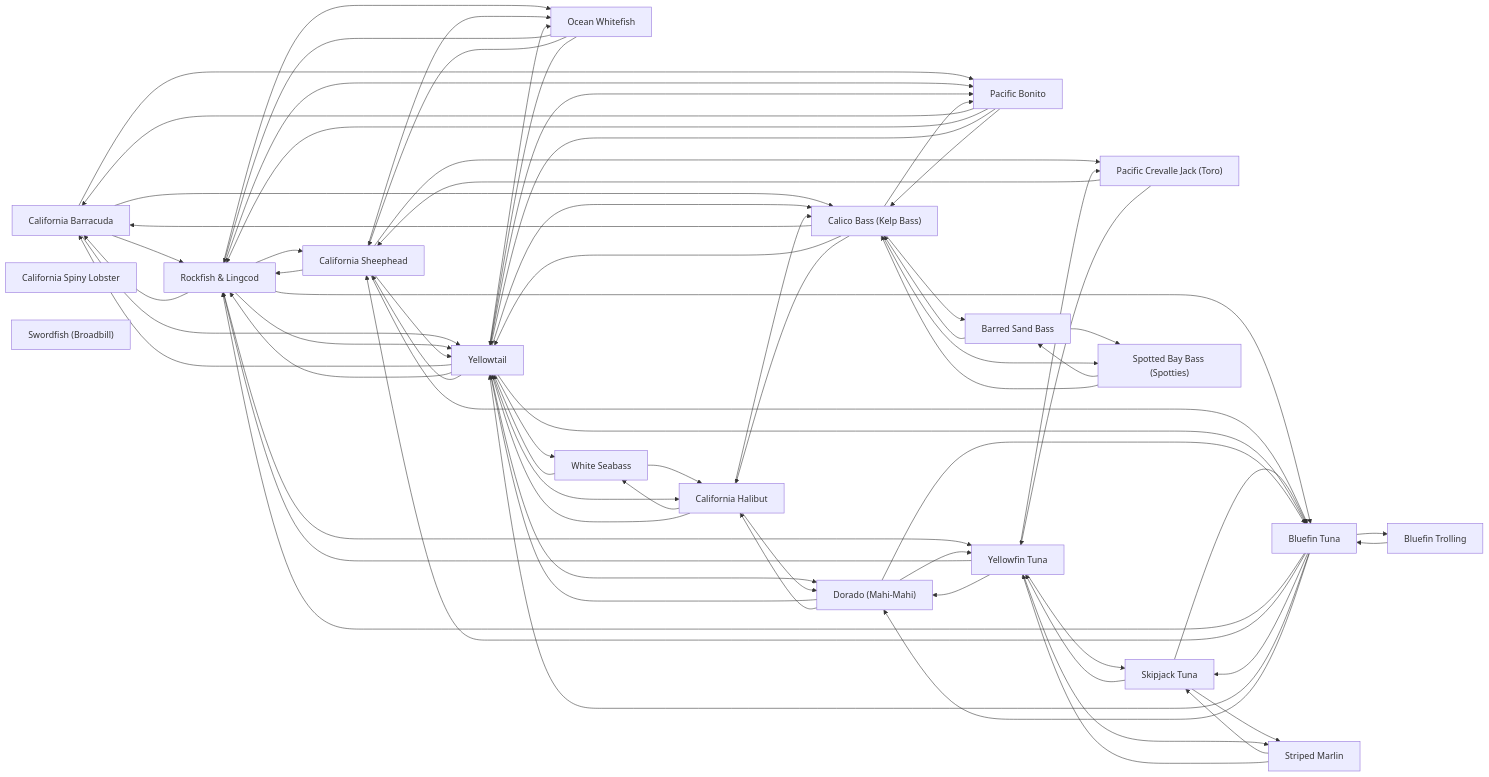
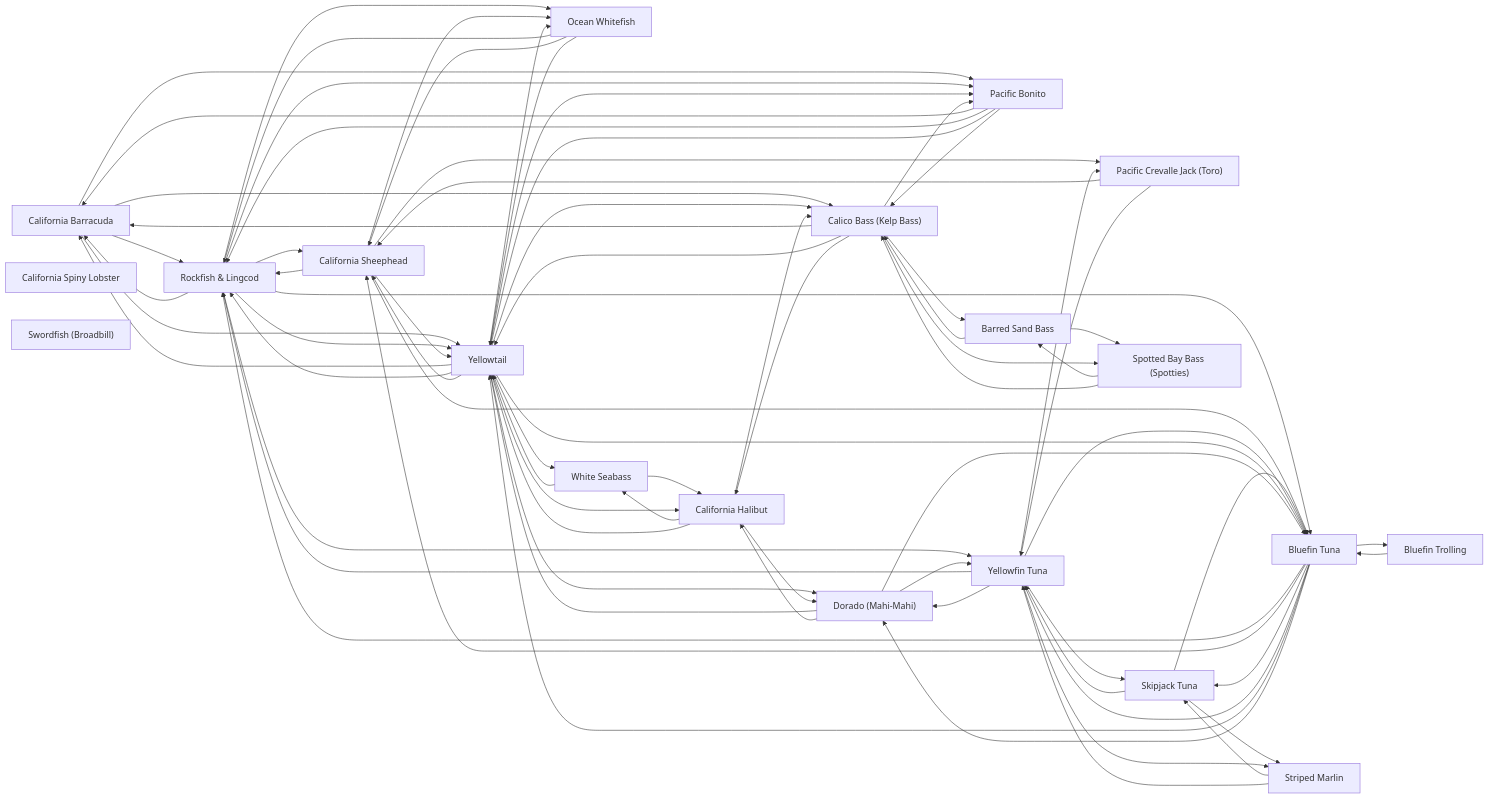
The diagram in species/README.md (camchuckpete-max/Socal-Fishing-Knowledge), drawn with Mermaid before and after one commit. The commit also changed 6 other files, not shown here.

```diff
--- a/species/README.md
+++ b/species/README.md
@@ -83,6 +83,7 @@
   n18 --> n10
   n18 --> n13
   n18 --> n15
+  n18 --> n2
   n18 --> n7
   n18 --> n9
   n19 --> n0
@@ -99,6 +100,7 @@
   n2 --> n10
   n2 --> n12
   n2 --> n13
+  n2 --> n18
   n2 --> n19
   n2 --> n7
   n3 --> n0
```
